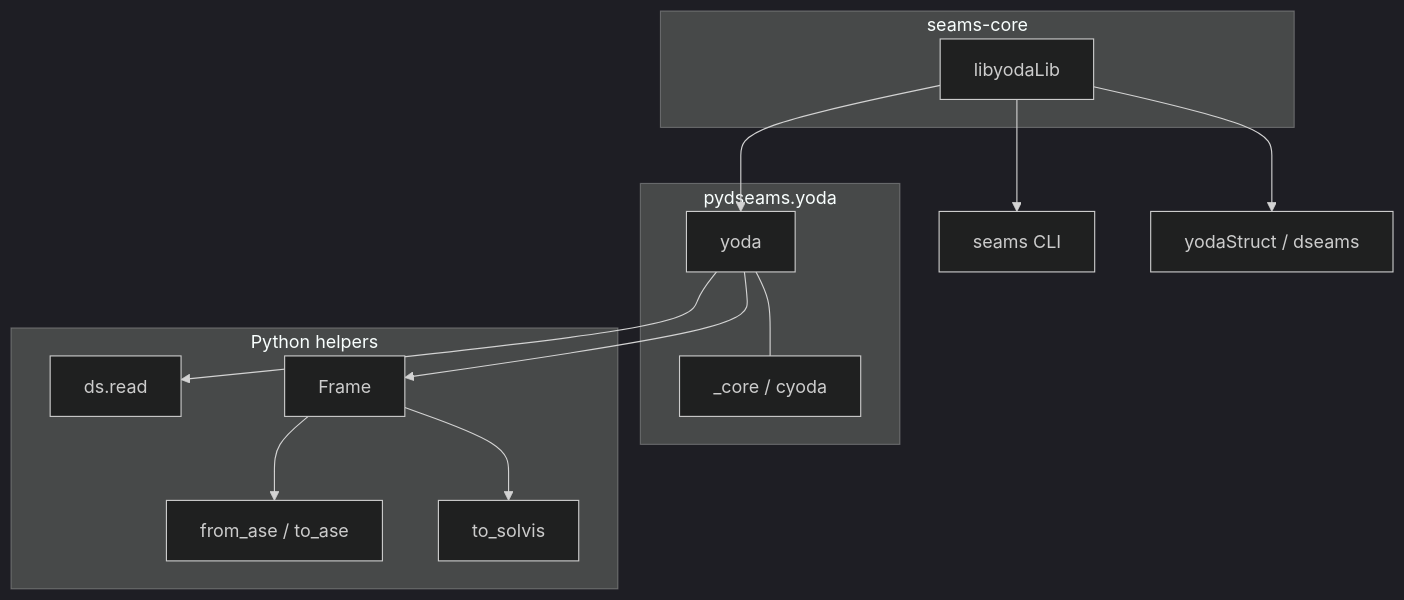
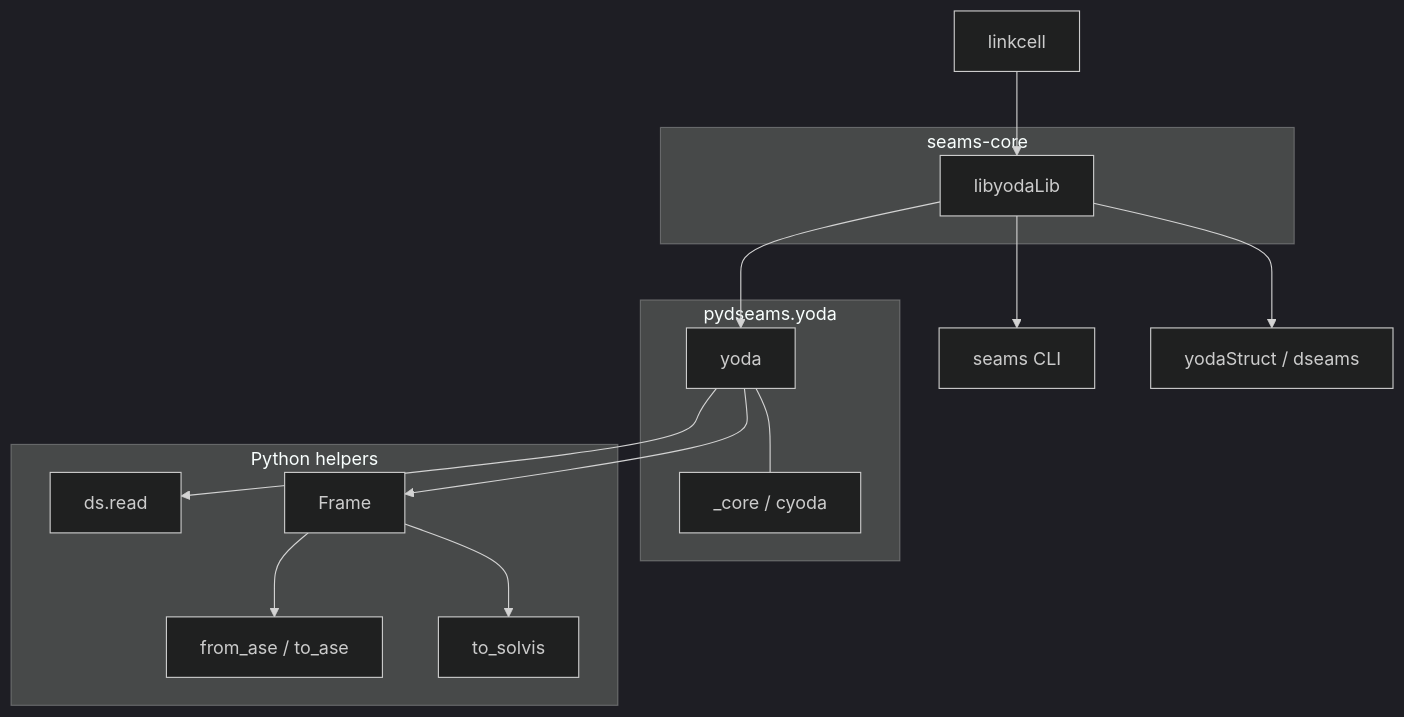
The diagram in docs/source/index.rst (HaoZeke/PydSEAMSlib), drawn with Mermaid (dark theme) before and after one commit. The commit also changed other lines of this file and 2 other files, not shown here.

First line of the commit message:
docs: list linkcell in Related and Ecosystem

```diff
--- a/docs/source/index.rst
+++ b/docs/source/index.rst
@@ -78,26 +78,28 @@
 .. mermaid::
 
    flowchart TB
      subgraph engine["seams-core"]
        LIB[libyodaLib]
      end
      subgraph compiled["pydseams.yoda"]
        YODA[yoda]
        ALIAS["_core / cyoda"]
      end
      subgraph helpers["Python helpers"]
        READ[ds.read]
        FRAME[Frame]
        ASE[from_ase / to_ase]
        SOL[to_solvis]
      end
      CLI["seams CLI"]
      LUA["yodaStruct / dseams"]
+     LC[linkcell]
+     LC --> LIB
      LIB --> YODA
      YODA --- ALIAS
      LIB --> CLI
      LIB --> LUA
      YODA --> READ
      YODA --> FRAME
      FRAME --> ASE
      FRAME --> SOL
```
